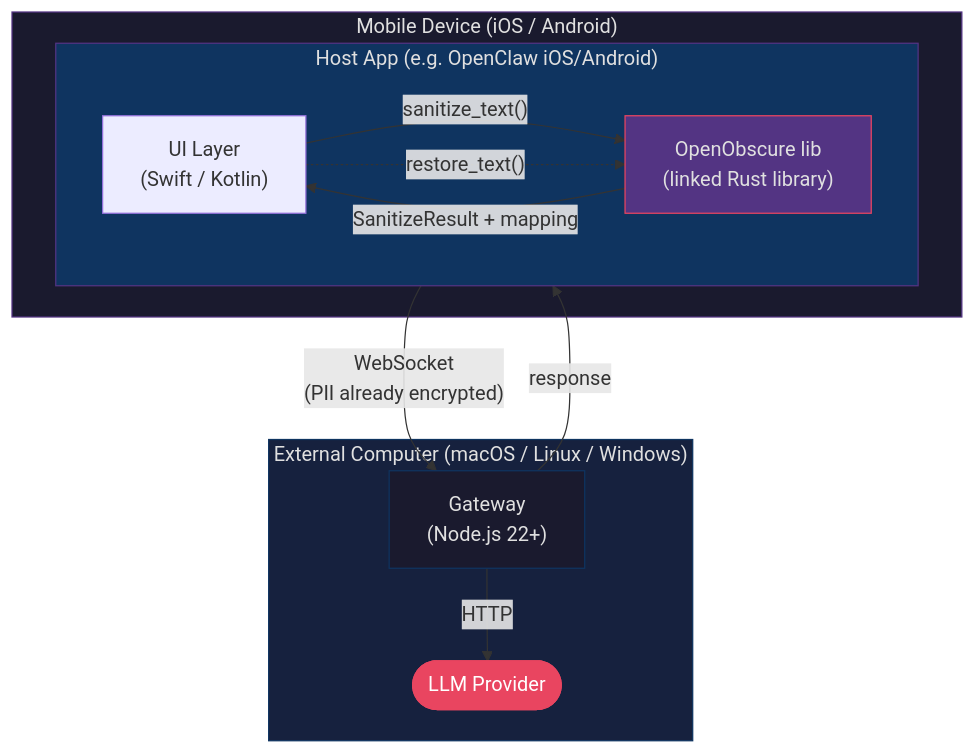
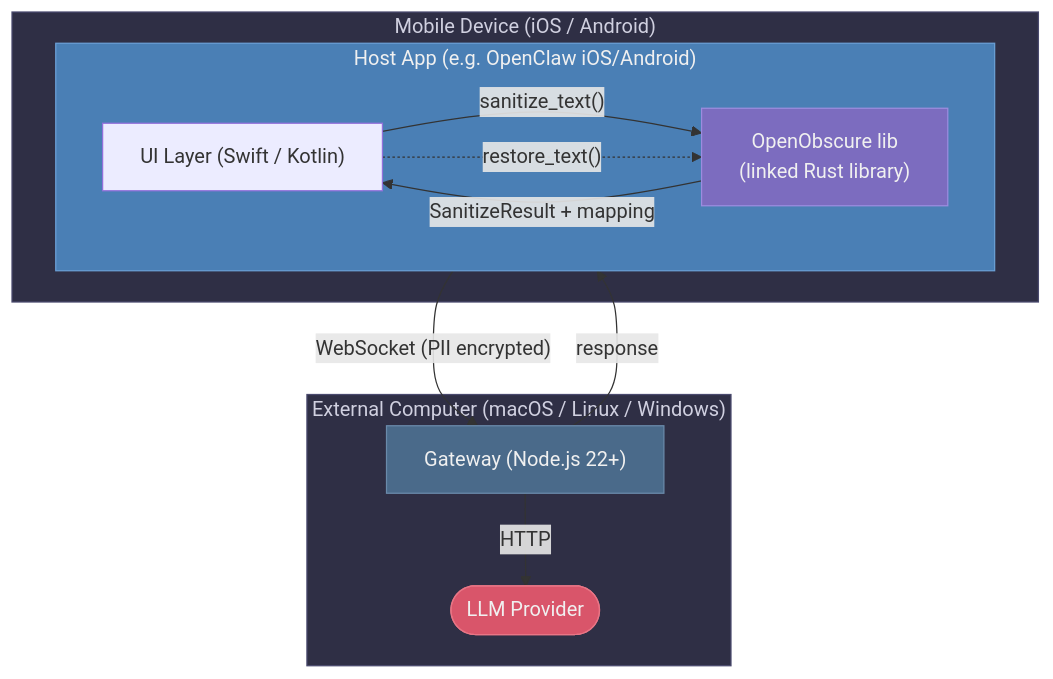
Before and after one commit to OpenObscure/OpenObscure: the second of 15 diagrams in ARCHITECTURE.md, drawn with Mermaid. The commit also changed other lines of this file and 7 other files, not shown here.

First line of the commit message:
Improve diagrams, screenshot, and repo hygiene

````diff
--- a/ARCHITECTURE.md
+++ b/ARCHITECTURE.md
@@ -57,27 +57,27 @@
 ```mermaid
 flowchart TB
     subgraph mobile ["Mobile Device (iOS / Android)"]
         subgraph app ["Host App (e.g. OpenClaw iOS/Android)"]
-            ui["UI Layer\n(Swift / Kotlin)"]
-            lib["OpenObscure lib\n(linked Rust library)"]
+            ui["UI Layer (Swift / Kotlin)"]
+            lib["OpenObscure lib<br>(linked Rust library)"]
             ui -- "sanitize_text()" --> lib
             lib -- "SanitizeResult + mapping" --> ui
             ui -. "restore_text()" .-> lib
         end
     end
 
+    app -- "WebSocket (PII encrypted)" --> gw
+    gw -- "response" --> app
+
     subgraph desktop ["External Computer (macOS / Linux / Windows)"]
-        gw["Gateway\n(Node.js 22+)"]
+        gw["Gateway (Node.js 22+)"]
         gw -- "HTTP" --> llm(["LLM Provider"])
     end
 
-    app -- "WebSocket\n(PII already encrypted)" --> gw
-    gw -- "response" --> app
-
-    style mobile fill:#1a1a2e,stroke:#533483,color:#e0e0e0
-    style app fill:#0f3460,stroke:#533483,color:#e0e0e0
-    style lib fill:#533483,stroke:#e94560,color:#e0e0e0
-    style desktop fill:#16213e,stroke:#0f3460,color:#e0e0e0
-    style gw fill:#1a1a2e,stroke:#0f3460,color:#e0e0e0
-    style llm fill:#e94560,stroke:#e94560,color:#fff
+    style mobile fill:#2f2f45,stroke:#4a4a6e,color:#d0d0e0
+    style app fill:#4a7fb5,stroke:#6a9fd5,color:#f0f0f0
+    style lib fill:#7c6cbf,stroke:#9c8cdf,color:#f0f0f0
+    style desktop fill:#2f2f45,stroke:#4a4a6e,color:#d0d0e0
+    style gw fill:#4a6a8a,stroke:#6a8aaa,color:#f0f0f0
+    style llm fill:#d9556a,stroke:#e97585,color:#f0f0f0
 ```
````
